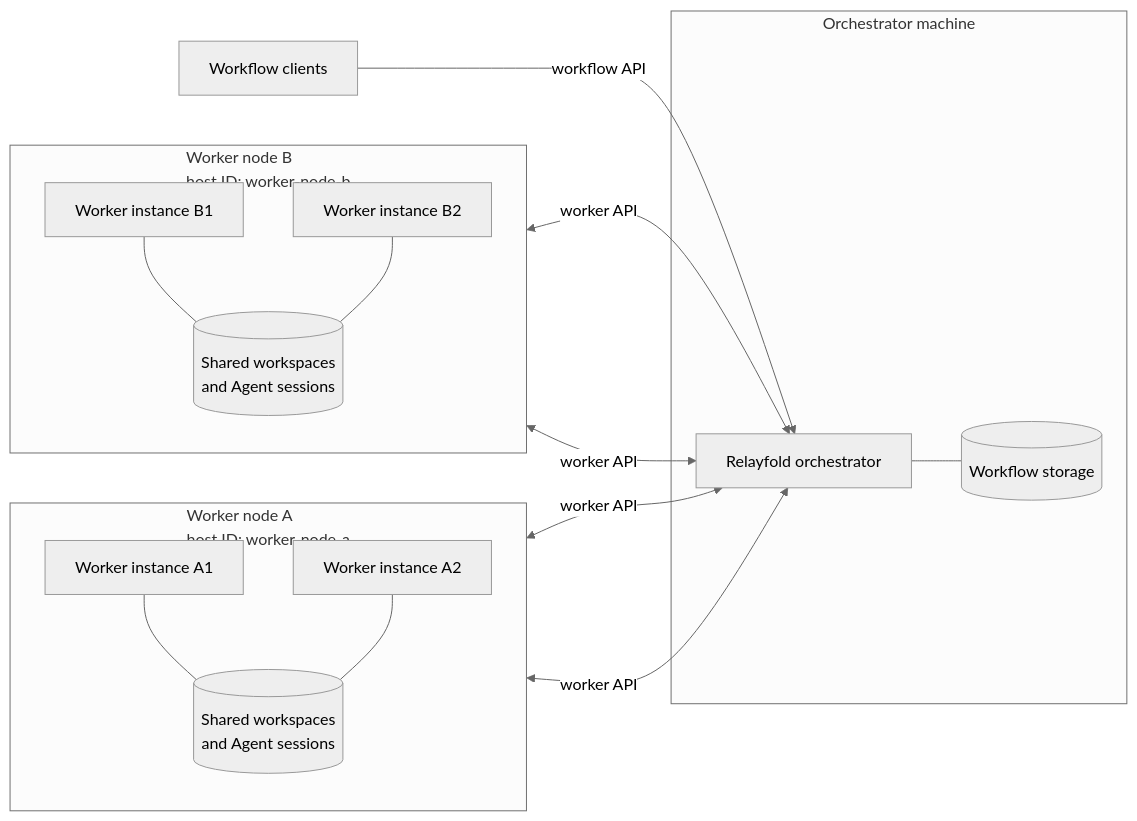
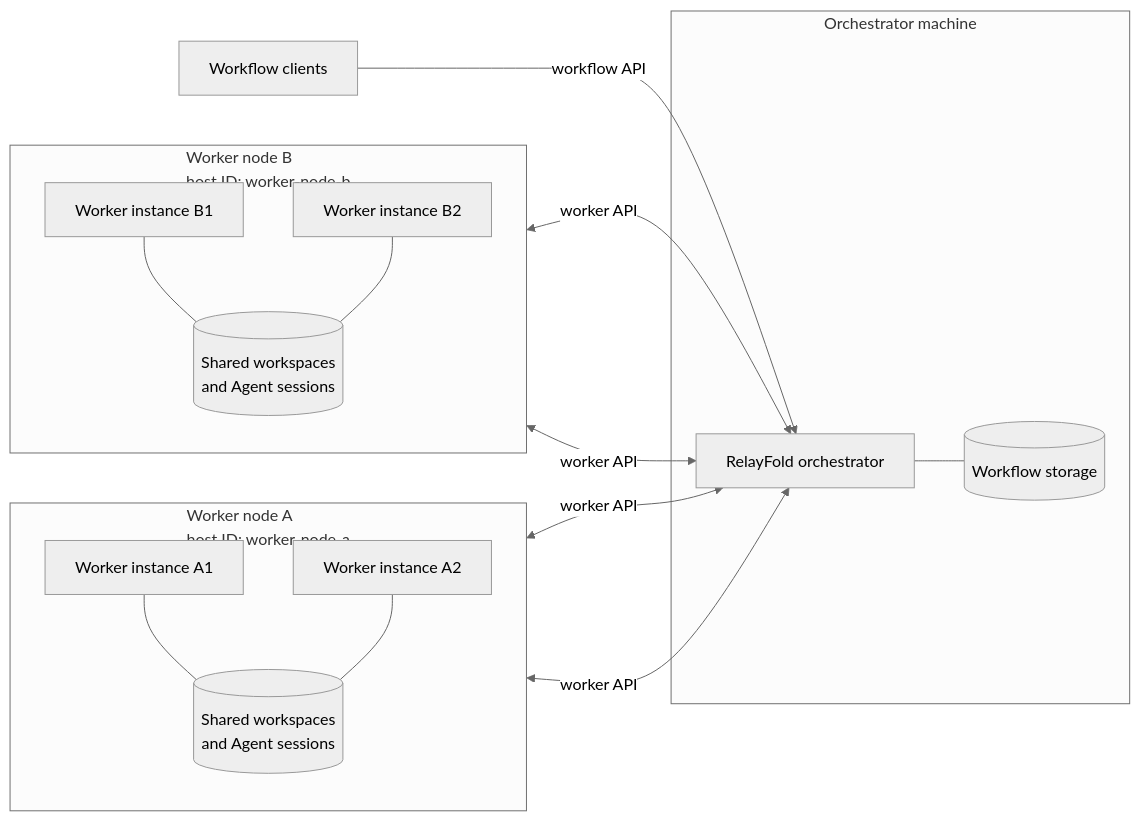
The diagram in website/src/content/docs/docs/operations/scaling.md (markosski/relayfold), drawn with Mermaid (neutral theme) before and after one commit. The commit also changed other lines of this file and 84 other files, not shown here.

Commit message:
refined to RelayFold

```diff
--- a/website/src/content/docs/docs/operations/scaling.md
+++ b/website/src/content/docs/docs/operations/scaling.md
@@ -21,34 +21,34 @@
 <pre class="mermaid">
 flowchart LR
     C["Workflow clients"]
 
     subgraph OM["Orchestrator machine"]
-        O["Relayfold orchestrator"]
+        O["RelayFold orchestrator"]
         S[("Workflow storage")]
         O --- S
     end
 
     subgraph WNA["Worker node A<br/>host ID: worker-node-a"]
         direction TB
         A1["Worker instance A1"]
         A2["Worker instance A2"]
         AS[("Shared workspaces<br/>and Agent sessions")]
         A1 --- AS
         A2 --- AS
     end
 
     subgraph WNB["Worker node B<br/>host ID: worker-node-b"]
         direction TB
         B1["Worker instance B1"]
         B2["Worker instance B2"]
         BS[("Shared workspaces<br/>and Agent sessions")]
         B1 --- BS
         B2 --- BS
     end
 
     C -->|"workflow API"| O
     A1 <-->|"worker API"| O
     A2 <-->|"worker API"| O
     B1 <-->|"worker API"| O
     B2 <-->|"worker API"| O
 </pre>
```
